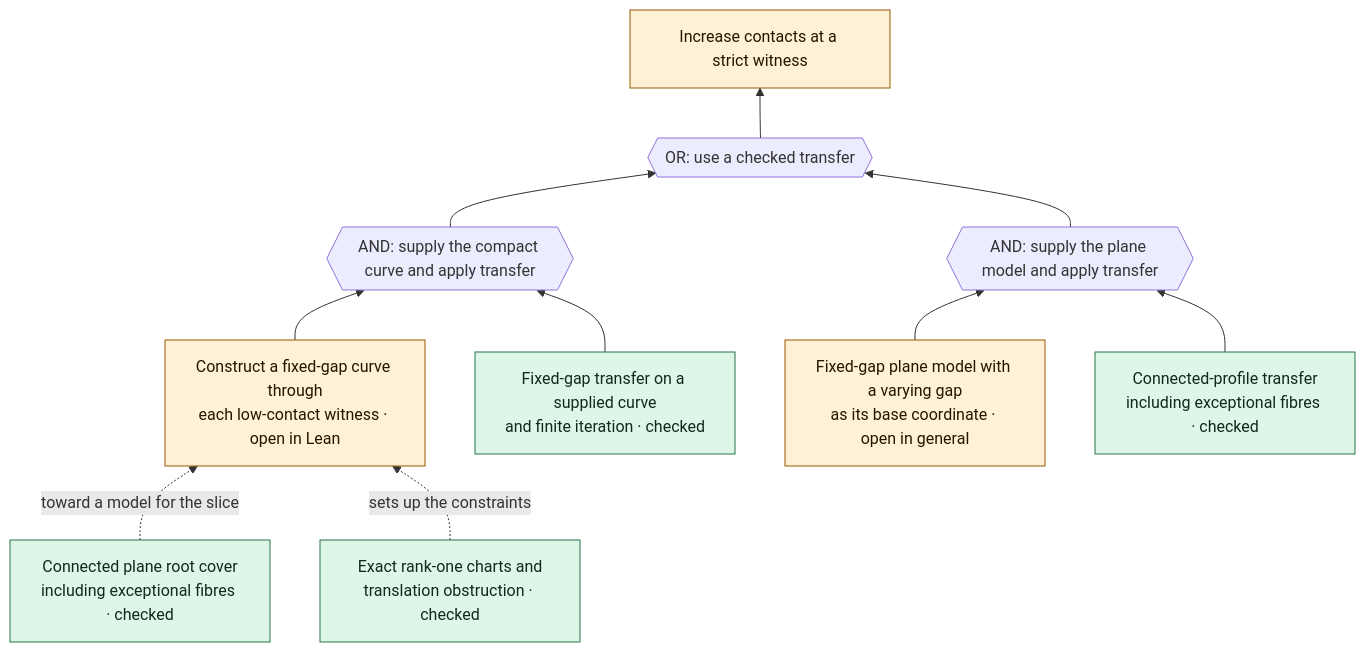
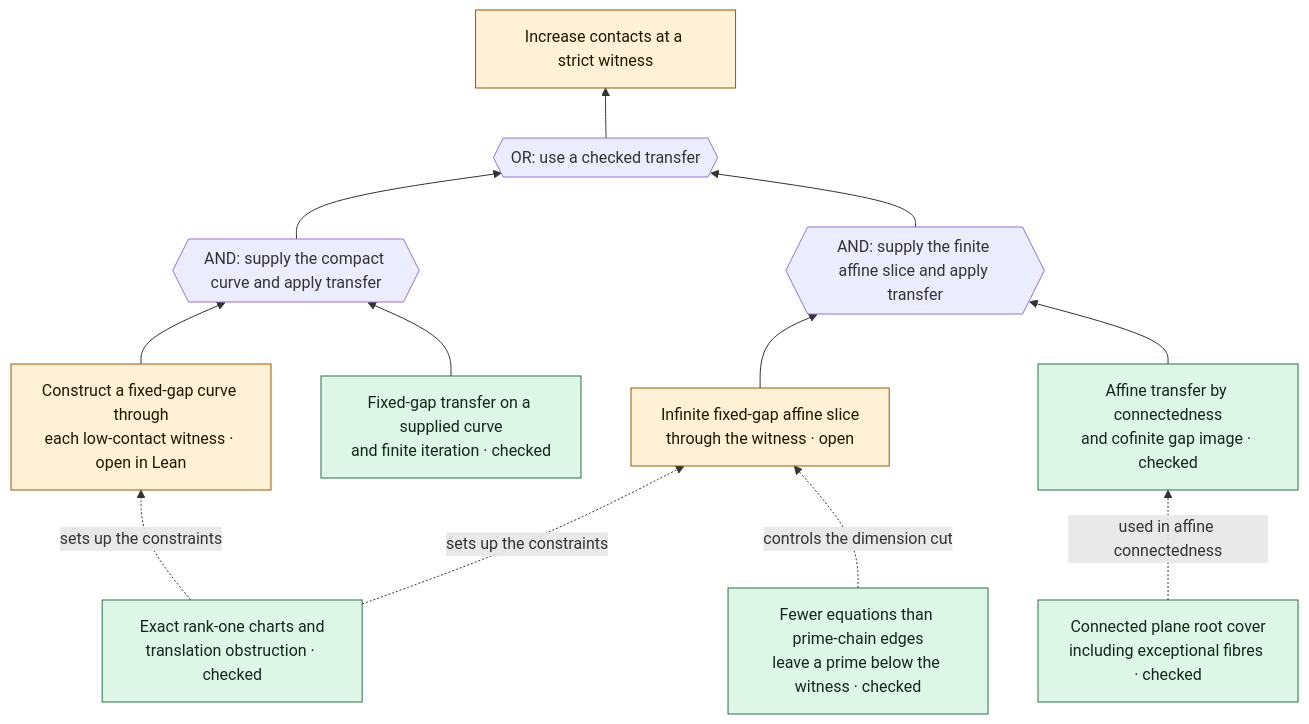
The fourth of 4 diagrams in Lean/ProofTree.md (ascendnoosphere/MOC), drawn with Mermaid before and after one commit. The commit also changed other lines of this file and 23 other files, not shown here.

Commit message:
MOC: prove affine contact transfer and the dimension bound

````diff
--- a/Lean/ProofTree.md
+++ b/Lean/ProofTree.md
@@ -108,24 +108,27 @@
 ```mermaid
 flowchart BT
     TRANSFER["Increase contacts at a strict witness"]:::open
     ORC{{"OR: use a checked transfer"}}
     BOTH{{"AND: supply the compact curve and apply transfer"}}
-    PLA{{"AND: supply the plane model and apply transfer"}}
-    MODEL["Fixed-gap plane model with a varying gap<br/>as its base coordinate · open in general"]:::open
-    STEP["Connected-profile transfer<br/>including exceptional fibres · checked"]:::checked
+    PLA{{"AND: supply the finite affine slice and apply transfer"}}
+    MODEL["Infinite fixed-gap affine slice<br/>through the witness · open"]:::open
+    HEIGHT["Fewer equations than prime-chain edges<br/>leave a prime below the witness · checked"]:::checked
+    STEP["Affine transfer by connectedness<br/>and cofinite gap image · checked"]:::checked
     SLICE["Construct a fixed-gap curve through<br/>each low-contact witness · open in Lean"]:::open
     FIXED["Fixed-gap transfer on a supplied curve<br/>and finite iteration · checked"]:::checked
     PLANE["Connected plane root cover<br/>including exceptional fibres · checked"]:::checked
     CHART["Exact rank-one charts and<br/>translation obstruction · checked"]:::checked
-    PLANE -. toward a model for the slice .-> SLICE
+    PLANE -. used in affine connectedness .-> STEP
     CHART -. sets up the constraints .-> SLICE
+    CHART -. sets up the constraints .-> MODEL
+    HEIGHT -. controls the dimension cut .-> MODEL
     SLICE --> BOTH
     FIXED --> BOTH
     BOTH --> ORC
     MODEL --> PLA
     STEP --> PLA
     PLA --> ORC
     ORC --> TRANSFER
     classDef open fill:#fff1d6,stroke:#9a5900,color:#231500
     classDef checked fill:#ddf6e7,stroke:#287348,color:#10291a
 ```
````
